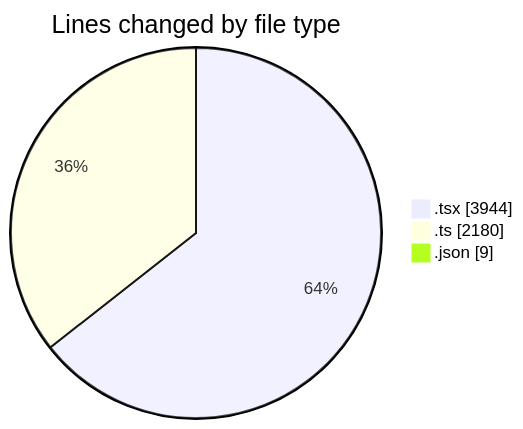
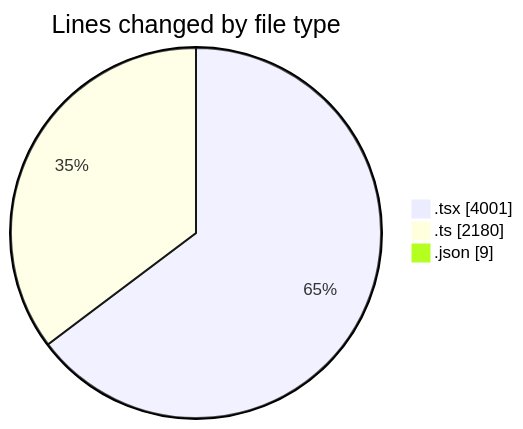
Before and after one commit to julien-gomy/code-tracking: the first of 2 diagrams in 2025-10-15/eventscop-frontend-guide__workspace_/README.md, drawn with Mermaid. The commit also changed other lines of this file and 1 other file, not shown here.

````diff
--- a/2025-10-15/eventscop-frontend-guide__workspace_/README.md
+++ b/2025-10-15/eventscop-frontend-guide__workspace_/README.md
@@ -47,7 +47,7 @@
 ```mermaid
 pie showData
 title Lines changed by file type
-".tsx" : 3944
+".tsx" : 4001
 ".ts" : 2180
 ".json" : 9
 ```
````
